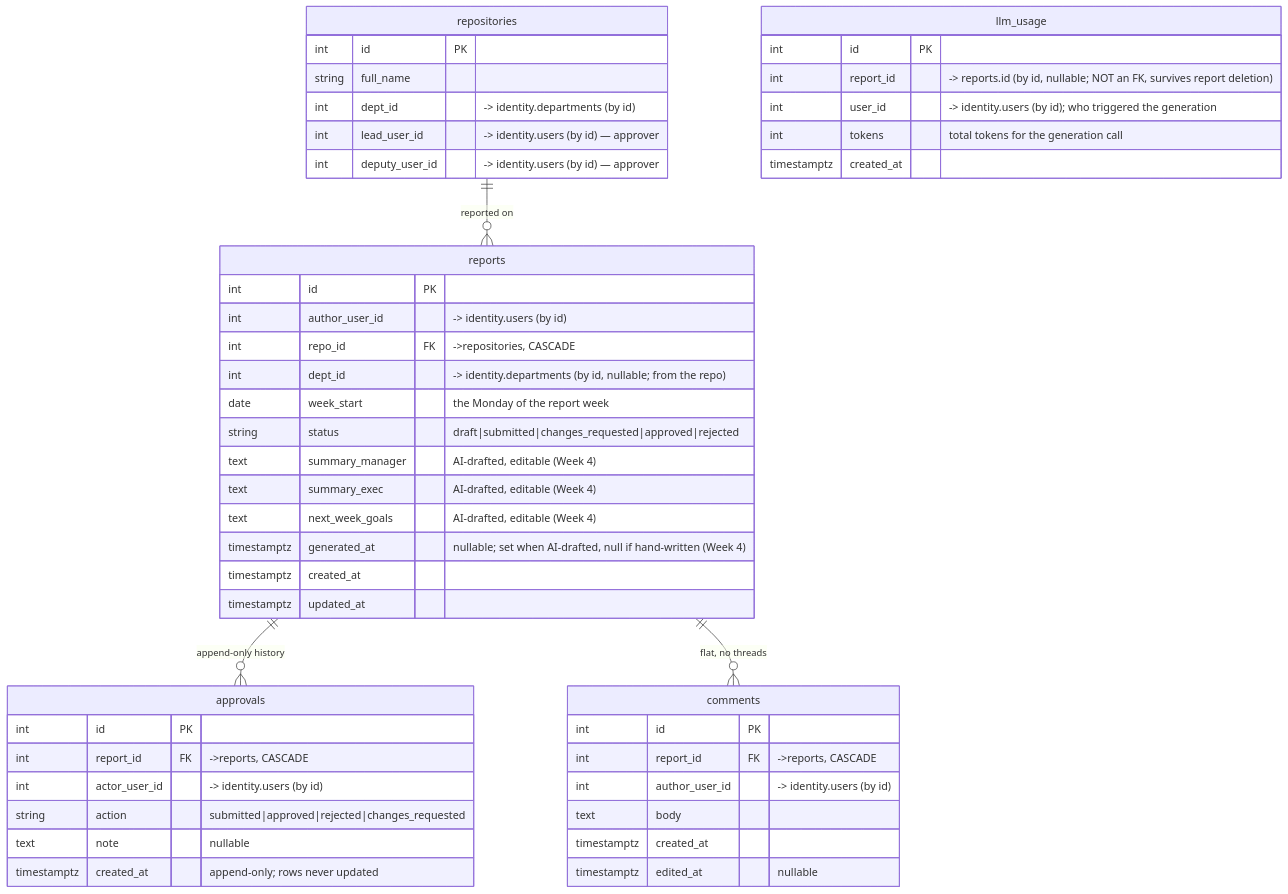
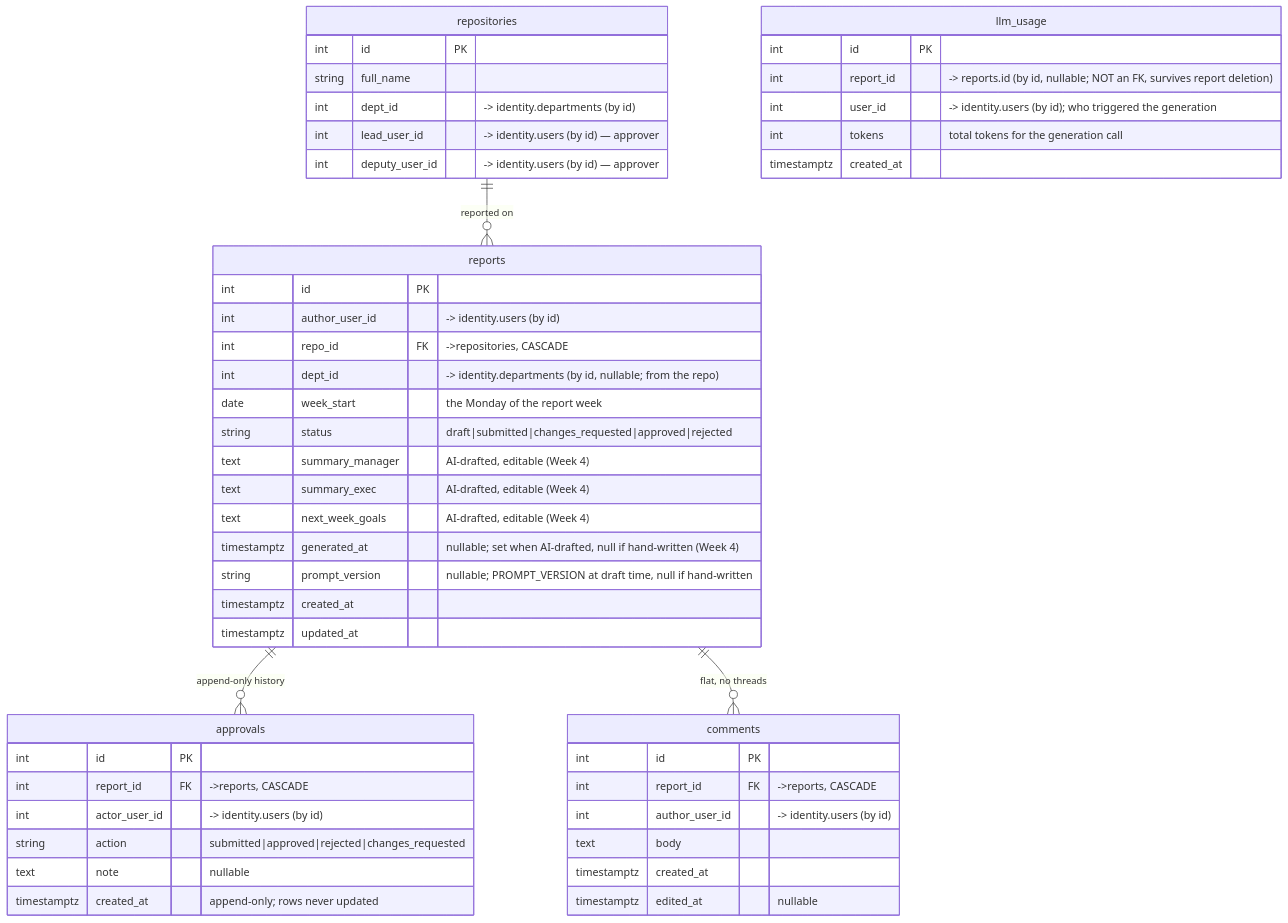
Before and after one commit to Ojulari123/CC-Platforms: the third of 4 diagrams in docs/erd.md, drawn with Mermaid. The commit also changed other lines of this file and 209 other files, not shown here.

````diff
--- a/docs/erd.md
+++ b/docs/erd.md
@@ -228,51 +247,52 @@
 ```mermaid
 erDiagram
     repositories ||--o{ reports : "reported on"
     reports ||--o{ approvals : "append-only history"
     reports ||--o{ comments : "flat, no threads"
 
     repositories {
         int id PK
         string full_name
         int dept_id "-> identity.departments (by id)"
         int lead_user_id "-> identity.users (by id) — approver"
         int deputy_user_id "-> identity.users (by id) — approver"
     }
     reports {
         int id PK
         int author_user_id "-> identity.users (by id)"
         int repo_id FK "->repositories, CASCADE"
         int dept_id "-> identity.departments (by id, nullable; from the repo)"
         date week_start "the Monday of the report week"
         string status "draft|submitted|changes_requested|approved|rejected"
         text summary_manager "AI-drafted, editable (Week 4)"
         text summary_exec "AI-drafted, editable (Week 4)"
         text next_week_goals "AI-drafted, editable (Week 4)"
         timestamptz generated_at "nullable; set when AI-drafted, null if hand-written (Week 4)"
+        string prompt_version "nullable; PROMPT_VERSION at draft time, null if hand-written"
         timestamptz created_at
         timestamptz updated_at
     }
     llm_usage {
         int id PK
         int report_id "-> reports.id (by id, nullable; NOT an FK, survives report deletion)"
         int user_id "-> identity.users (by id); who triggered the generation"
         int tokens "total tokens for the generation call"
         timestamptz created_at
     }
     approvals {
         int id PK
         int report_id FK "->reports, CASCADE"
         int actor_user_id "-> identity.users (by id)"
         string action "submitted|approved|rejected|changes_requested"
         text note "nullable"
         timestamptz created_at "append-only; rows never updated"
     }
     comments {
         int id PK
         int report_id FK "->reports, CASCADE"
         int author_user_id "-> identity.users (by id)"
         text body
         timestamptz created_at
         timestamptz edited_at "nullable"
     }
 ```
````
